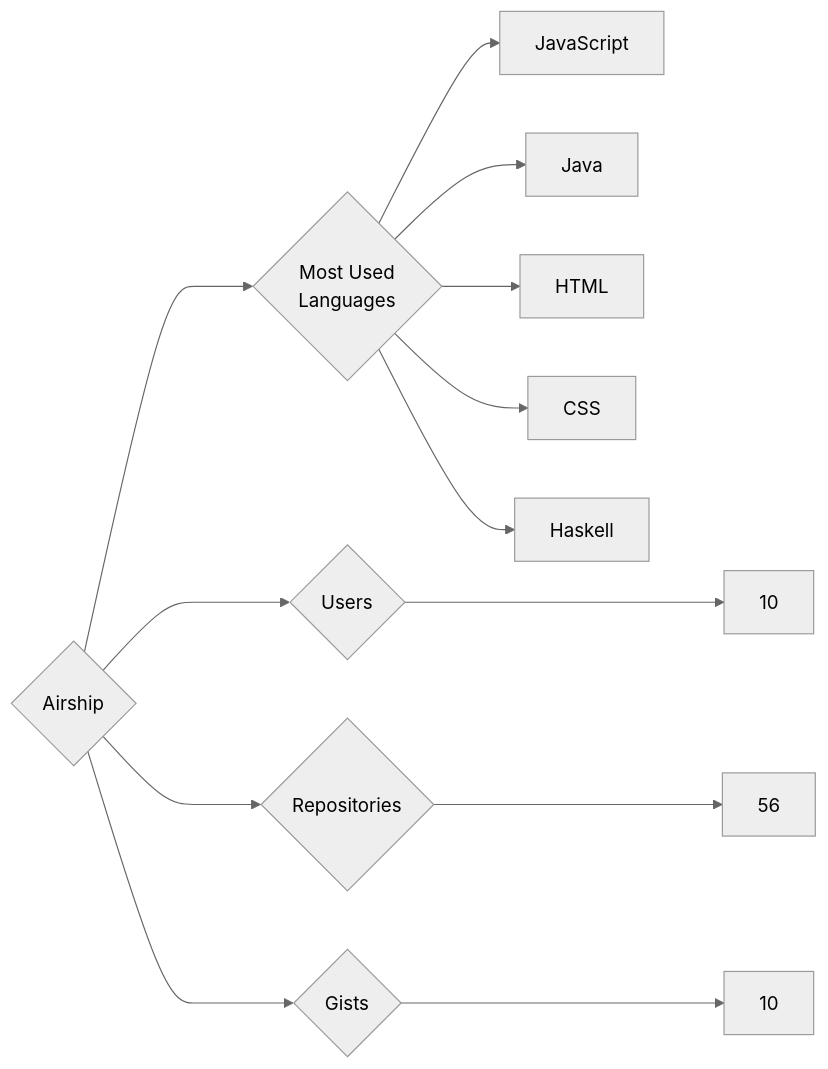
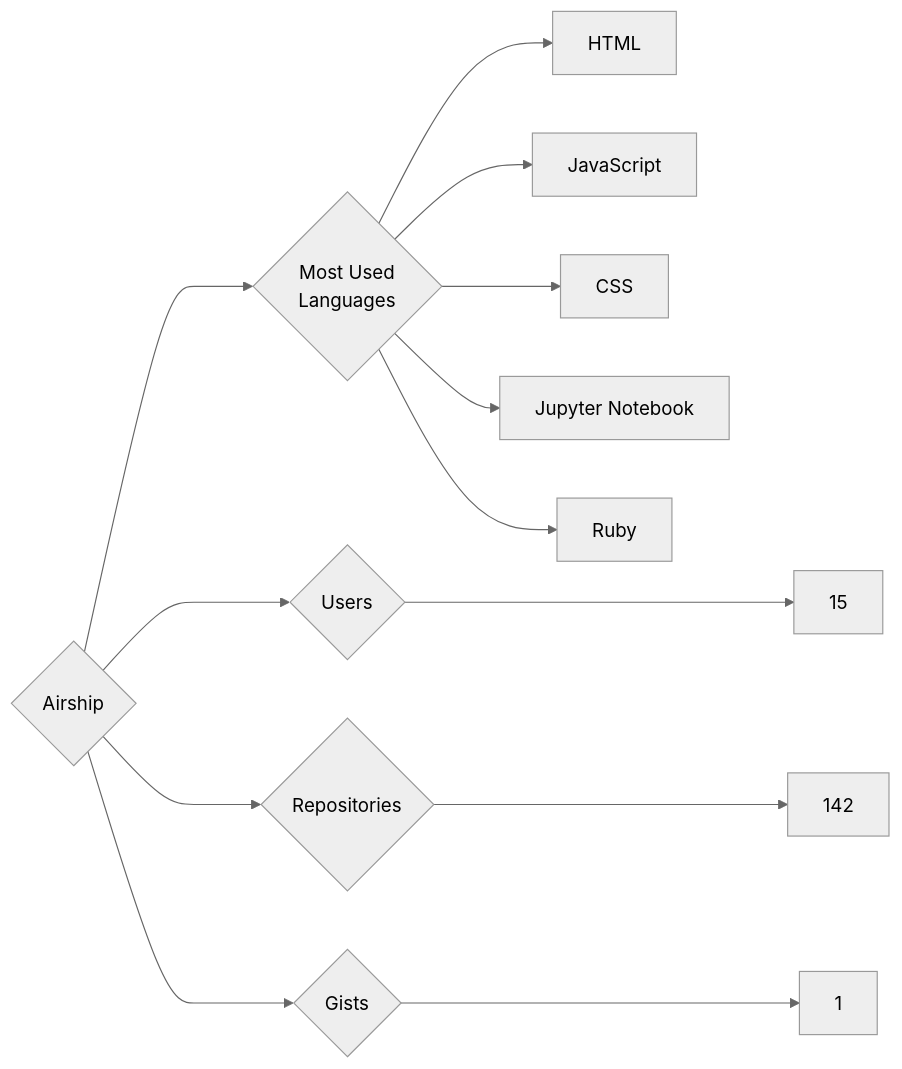
Before and after one commit to trickest/insiders: the diagram in targets/Airship/README.md, drawn with Mermaid (neutral theme). The commit also changed 757 other files, not shown here.

````diff
--- a/targets/Airship/README.md
+++ b/targets/Airship/README.md
@@ -3,13 +3,13 @@
 ```mermaid
 graph LR
 COMPANY_NAME{Airship}
-COMPANY_NAME ---> U{Users} ---> UN[10]
-COMPANY_NAME ---> R{Repositories} ---> RN[56]
-COMPANY_NAME ---> G{Gists} ---> GN[10]
+COMPANY_NAME ---> U{Users} ---> UN[15]
+COMPANY_NAME ---> R{Repositories} ---> RN[142]
+COMPANY_NAME ---> G{Gists} ---> GN[1]
 COMPANY_NAME ---> ML{Most Used<br>Languages}
+ML --> HTML[HTML]
 ML --> JavaScript[JavaScript]
-ML --> Java[Java]
-ML --> HTML[HTML]
 ML --> CSS[CSS]
-ML --> Haskell[Haskell]
+ML --> Jupyter_Notebook[Jupyter Notebook]
+ML --> Ruby[Ruby]
 ```
````
